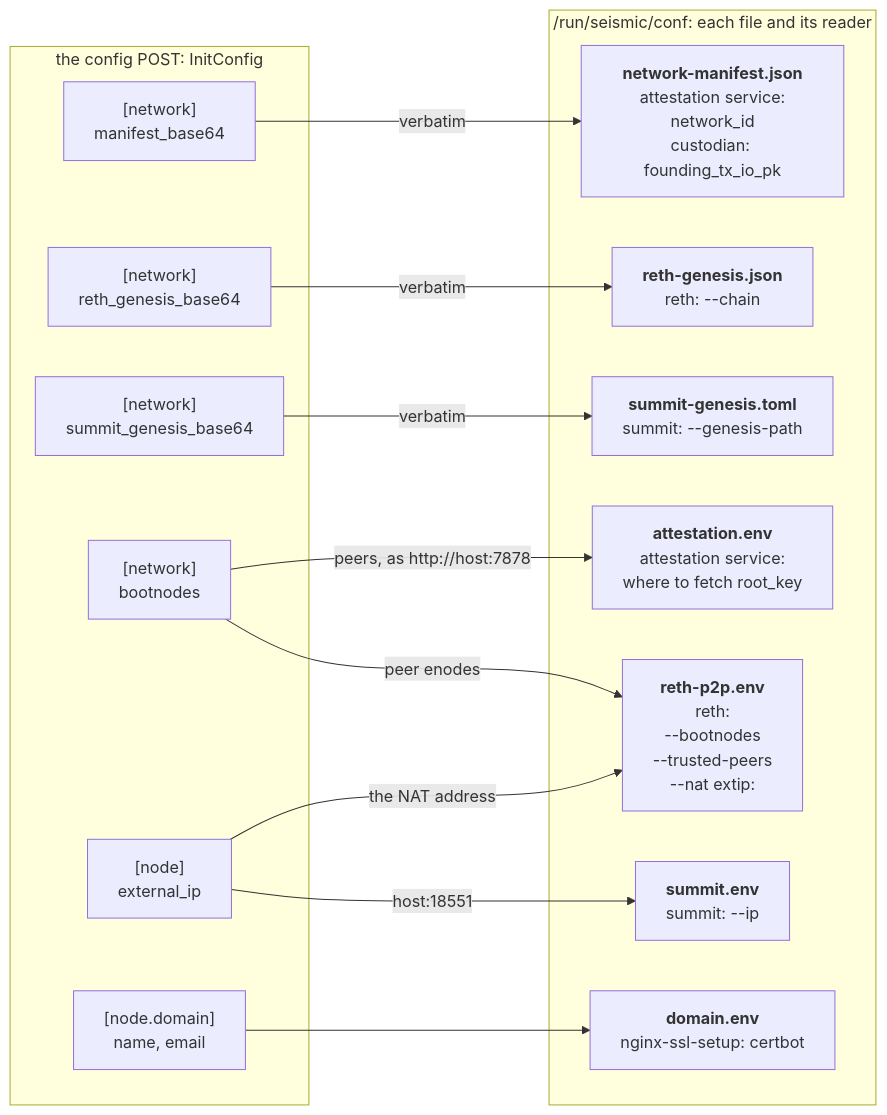
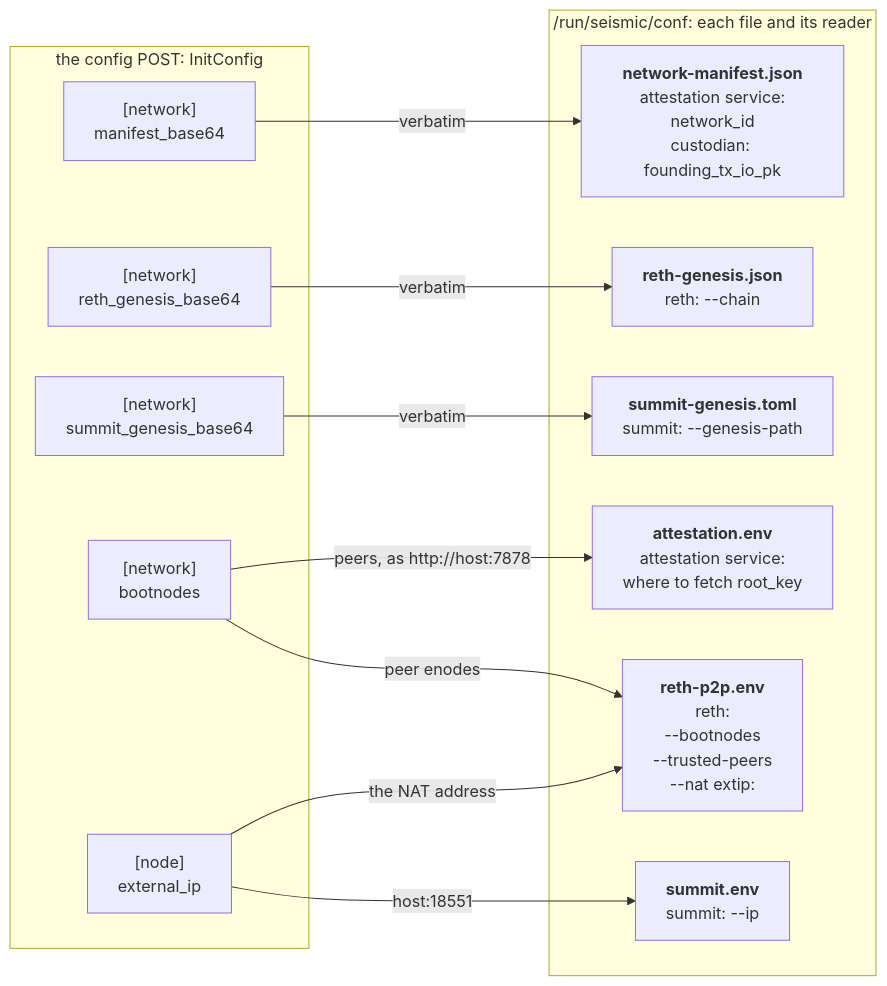
One commit to SeismicSystems/enclave changed the diagram in bin/tdx-init/README.md. Above: the diagram before and after it, drawn with Mermaid. The commit also changed other lines of this file and 7 other files, not shown here.

First line of the commit message:
feat(tdx-init)!: drop [node.domain]; the image terminates no TLS (#296)

````diff
--- a/bin/tdx-init/README.md
+++ b/bin/tdx-init/README.md
@@ -59,30 +55,27 @@
 ```mermaid
 flowchart LR
     subgraph post["the config POST: InitConfig"]
         M["[network]<br/>manifest_base64"]
         RG["[network]<br/>reth_genesis_base64"]
         SG["[network]<br/>summit_genesis_base64"]
         BN["[network]<br/>bootnodes"]
         IP["[node]<br/>external_ip"]
-        DOM["[node.domain]<br/>name, email"]
     end
 
     subgraph conf["/run/seismic/conf: each file and its reader"]
         MF["<b>network-manifest.json</b><br/>attestation service:<br/>network_id<br/>custodian: founding_tx_io_pk"]
         RGF["<b>reth-genesis.json</b><br/>reth: --chain"]
         SGF["<b>summit-genesis.toml</b><br/>summit: --genesis-path"]
         AE["<b>attestation.env</b><br/>attestation service:<br/>where to fetch root_key"]
         RP["<b>reth-p2p.env</b><br/>reth:<br/>--bootnodes<br/>--trusted-peers<br/>--nat extip:"]
         SE["<b>summit.env</b><br/>summit: --ip"]
-        DE["<b>domain.env</b><br/>nginx-ssl-setup: certbot"]
     end
 
     M -- verbatim --> MF
     RG -- verbatim --> RGF
     SG -- verbatim --> SGF
     BN -- "peers, as http://host:7878" --> AE
     BN -- "peer enodes" --> RP
     IP -- "the NAT address" --> RP
     IP -- "host:18551" --> SE
-    DOM --> DE
 ```
````
